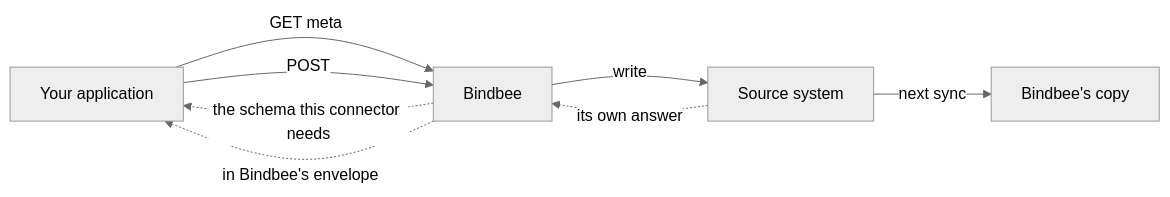
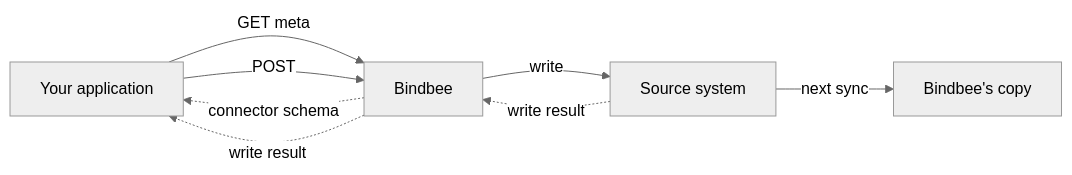
Before and after one commit to kaval1810/bindbee-docs-test: the second of 2 diagrams in guides/reading-writing/overview.mdx, drawn with Mermaid (neutral theme). The commit also changed 2 other files, not shown here.

Commit message:
Close the gaps left by the manual edits
webhooks:
- The "you cannot know you received everything" bullet named an
  unrecoverable-sounding failure with no remedy. It now carries the
  answer: read current state with modified_after across the outage window.
- Created versus modified was a two-sentence H2 duplicating the section
  above it, since it is itself a thing webhooks cannot tell you. Folded in
  as a fifth bullet, carrying the first-sync trap with it - the entire
  population classifies as created, so a bulk import must not fire
  per-record workflows.
- Securing your endpoint moved to directly after Creating a webhook.
  Signature verification is needed before the first payload is accepted,
  not after the reader has learned the payload shape.

raw-data: restored the endpoint-coverage note. Raw data is on the 88 data
endpoints and on no connector, integration, webhook, custom-field or meta
endpoint - nothing else in the docs says so.

overview: both write-path return edges said "write confirmation". A failed
write is not a confirmation, and errors-and-issues leans on that edge
carrying the source system's own error. Now "write result".

````diff
--- a/guides/reading-writing/overview.mdx
+++ b/guides/reading-writing/overview.mdx
@@ -42,10 +42,10 @@
 ```mermaid
 flowchart LR
     YOU["Your application"] -->|"GET meta"| BB["Bindbee"]
-    BB -.->|"the schema this connector needs"| YOU
+    BB -.->|"connector schema"| YOU
     YOU -->|POST| BB
     BB -->|write| SRC["Source system"]
-    SRC -.->|"its own answer"| BB
-    BB -.->|"in Bindbee's envelope"| YOU
+    SRC -.->|"write result"| BB
+    BB -.->|"write result"| YOU
     SRC -->|"next sync"| COPY["Bindbee's copy"]
 ```
````
